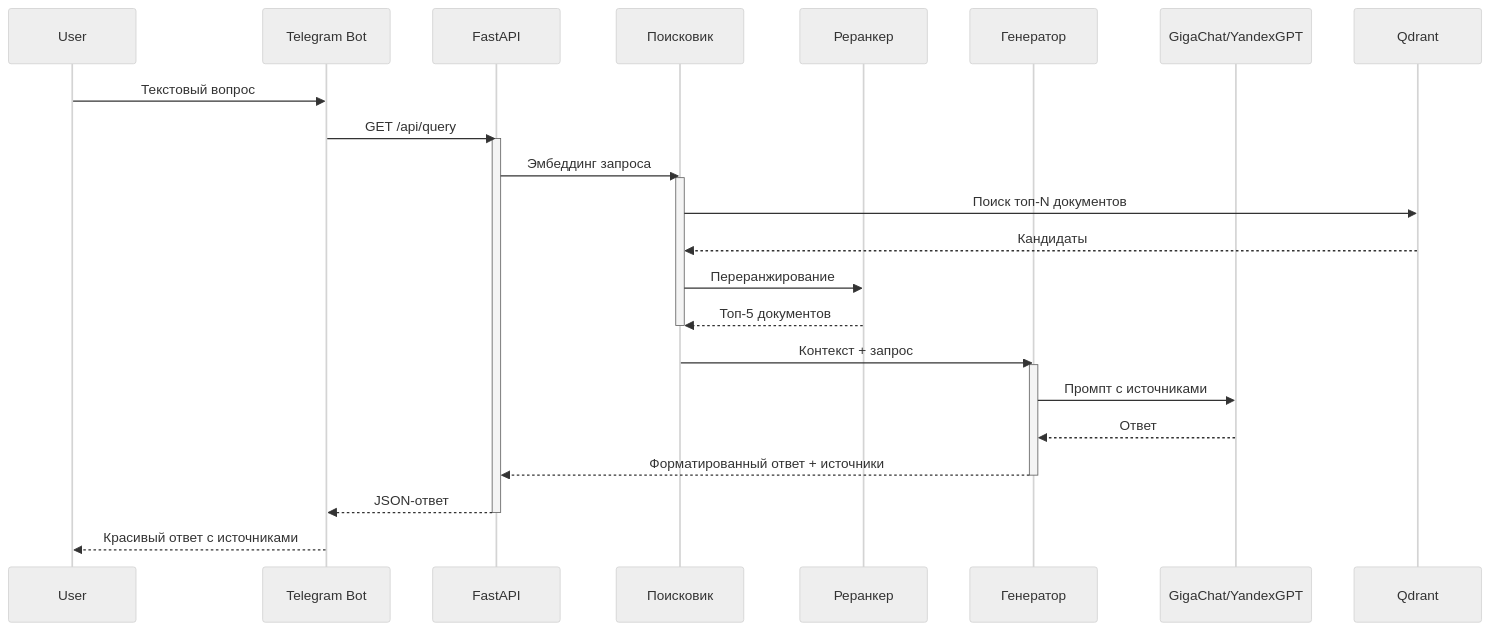
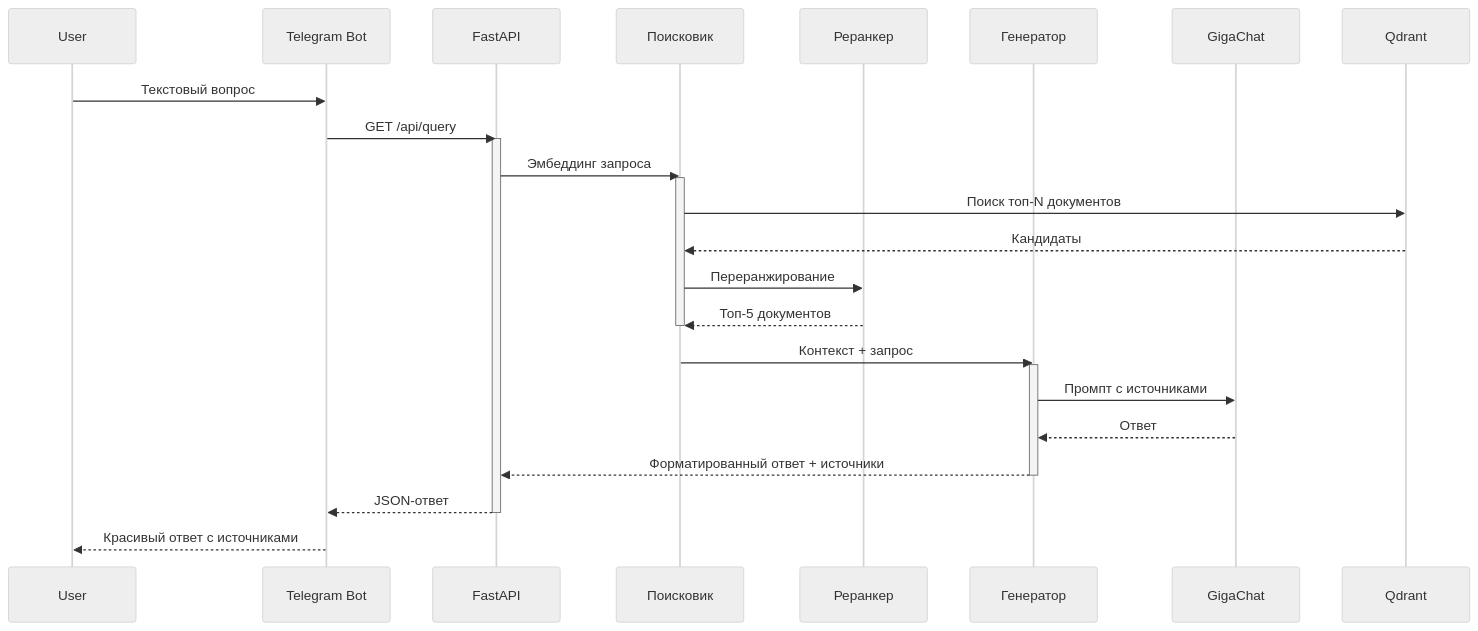
One commit to greathouseholder/final_project changed the third of 3 diagrams in docs/README.md. Above: the diagram before and after it, drawn with Mermaid (neutral theme). The commit also changed other lines of this file, not shown here.

````diff
--- a/docs/README.md
+++ b/docs/README.md
@@ -121,34 +121,34 @@
 ```mermaid
 sequenceDiagram
     participant User
     participant Bot as Telegram Bot
     participant API as FastAPI
     participant Search as Поисковик
     participant Reranker as Реранкер
     participant Generator as Генератор
-    participant LLM as GigaChat/YandexGPT
+    participant LLM as GigaChat
     participant DB as Qdrant
 
     User->>Bot: Текстовый вопрос
     Bot->>API: GET /api/query
     activate API
     
     API->>Search: Эмбеддинг запроса
     activate Search
     Search->>DB: Поиск топ-N документов
     DB-->>Search: Кандидаты
     Search->>Reranker: Переранжирование
     Reranker-->>Search: Топ-5 документов
     deactivate Search
     
     Search->>Generator: Контекст + запрос
     activate Generator
     Generator->>LLM: Промпт с источниками
     LLM-->>Generator: Ответ
     Generator-->>API: Форматированный ответ + источники
     deactivate Generator
     
     API-->>Bot: JSON-ответ
     deactivate API
     Bot-->>User: Красивый ответ с источниками
 ```
````
